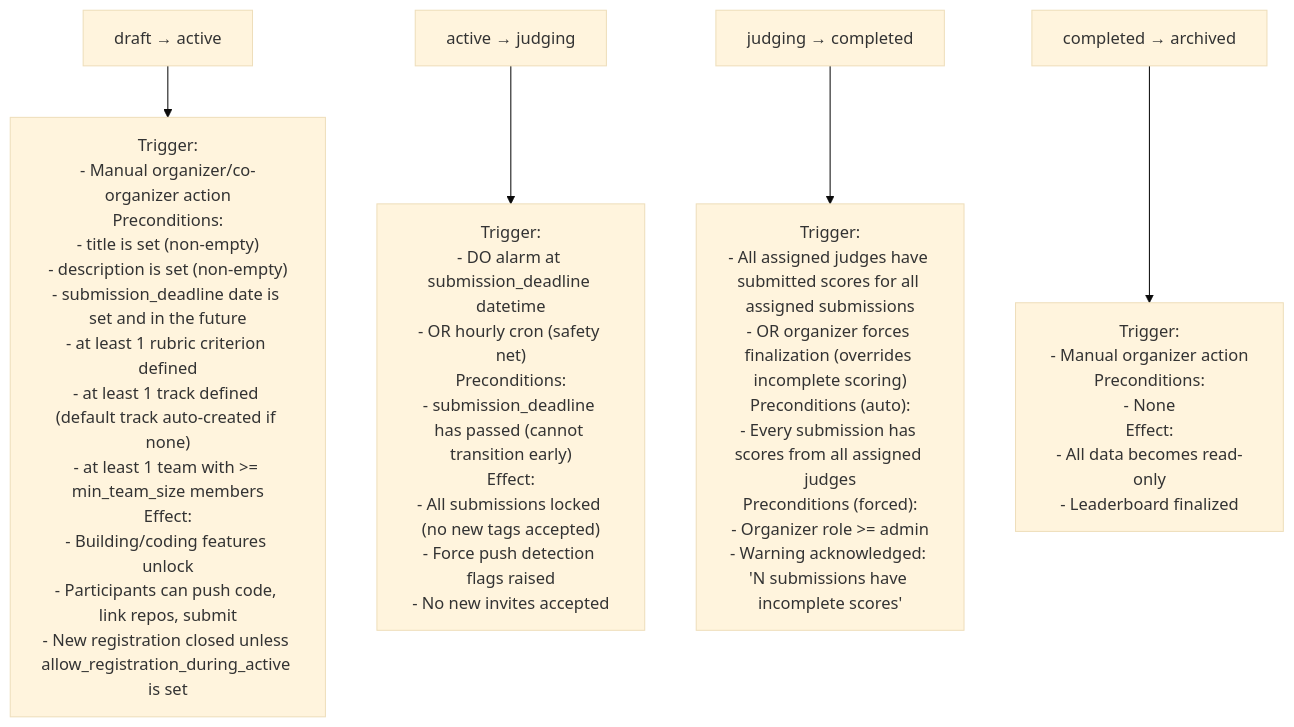
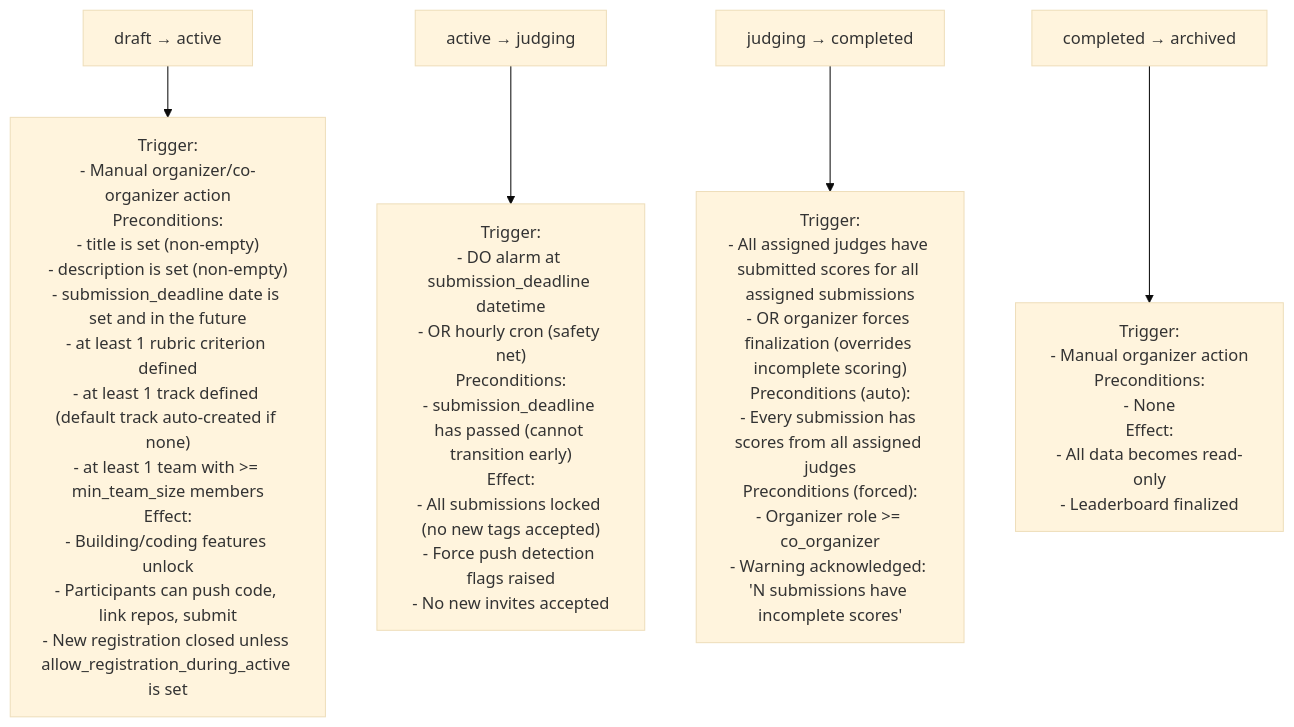
Before and after one commit to devangshupandey2025-stack/DevSage: the second of 7 diagrams in docs/v3/planned/hackathon-lifecycle.md, drawn with Mermaid (base theme). The commit also changed other lines of this file and 2 other files, not shown here.

First line of the commit message:
docs(core): fix canonical role names in lifecycle, roles, and team management docs

````diff
--- a/docs/v3/planned/hackathon-lifecycle.md
+++ b/docs/v3/planned/hackathon-lifecycle.md
@@ -113,10 +113,10 @@
 ```mermaid
 flowchart TD
     A["draft → active"] --> A1["Trigger:<br/>- Manual organizer/co-organizer action<br/>Preconditions:<br/>- title is set (non-empty)<br/>- description is set (non-empty)<br/>- submission_deadline date is set and in the future<br/>- at least 1 rubric criterion defined<br/>- at least 1 track defined (default track auto-created if none)<br/>- at least 1 team with >= min_team_size members<br/>Effect:<br/>- Building/coding features unlock<br/>- Participants can push code, link repos, submit<br/>- New registration closed unless allow_registration_during_active is set"]
 
     D["active → judging"] --> D1["Trigger:<br/>- DO alarm at submission_deadline datetime<br/>- OR hourly cron (safety net)<br/>Preconditions:<br/>- submission_deadline has passed (cannot transition early)<br/>Effect:<br/>- All submissions locked (no new tags accepted)<br/>- Force push detection flags raised<br/>- No new invites accepted"]
 
-    E["judging → completed"] --> E1["Trigger:<br/>- All assigned judges have submitted scores for all assigned submissions<br/>- OR organizer forces finalization (overrides incomplete scoring)<br/>Preconditions (auto):<br/>- Every submission has scores from all assigned judges<br/>Preconditions (forced):<br/>- Organizer role >= admin<br/>- Warning acknowledged: 'N submissions have incomplete scores'"]
+    E["judging → completed"] --> E1["Trigger:<br/>- All assigned judges have submitted scores for all assigned submissions<br/>- OR organizer forces finalization (overrides incomplete scoring)<br/>Preconditions (auto):<br/>- Every submission has scores from all assigned judges<br/>Preconditions (forced):<br/>- Organizer role >= co_organizer<br/>- Warning acknowledged: 'N submissions have incomplete scores'"]
 
     F["completed → archived"] --> F1["Trigger:<br/>- Manual organizer action<br/>Preconditions:<br/>- None<br/>Effect:<br/>- All data becomes read-only<br/>- Leaderboard finalized"]
 ```
````
